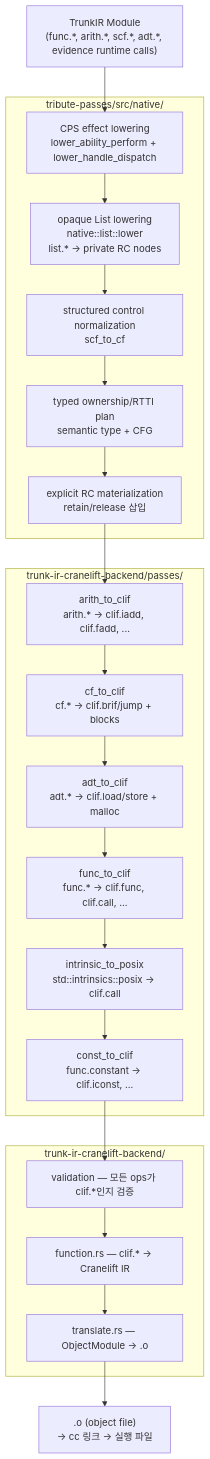
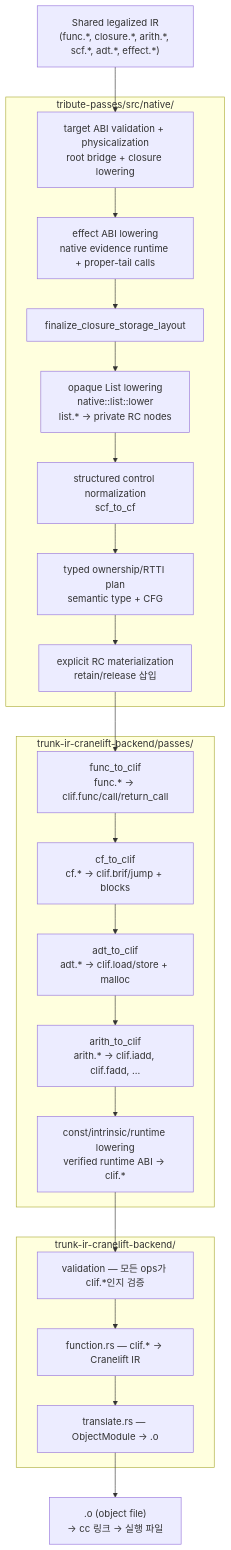
The second of 2 diagrams in new-plans/cranelift-backend.md (Kroisse/tribute), drawn with Mermaid before and after one commit. The commit also changed other lines of this file and 136 other files, not shown here.

First line of the commit message:
Remove legacy effect and ability lowering paths (#1034)

````diff
--- a/new-plans/cranelift-backend.md
+++ b/new-plans/cranelift-backend.md
@@ -85,33 +85,34 @@
 ```mermaid
 flowchart TB
-    input["TrunkIR Module\n(func.*, arith.*, scf.*, adt.*, evidence runtime calls)"]
+    input["Shared legalized IR\n(func.*, closure.*, arith.*, scf.*, adt.*, effect.*)"]
 
     subgraph native_passes["tribute-passes/src/native/"]
-        cont["CPS effect lowering\nlower_ability_perform + lower_handle_dispatch"]
+        abi["target ABI validation + physicalization\nroot bridge + closure lowering"]
+        effect["effect ABI lowering\nnative evidence runtime + proper-tail calls"]
+        storage["finalize_closure_storage_layout"]
         list_lower["opaque List lowering\nnative::list::lower\nlist.* → private RC nodes"]
         cfg["structured control normalization\nscf_to_cf"]
         rc_plan["typed ownership/RTTI plan\nsemantic type + CFG"]
         rc_pass["explicit RC materialization\nretain/release 삽입"]
     end
 
     subgraph clif_passes["trunk-ir-cranelift-backend/passes/"]
         arith["arith_to_clif\narith.* → clif.iadd, clif.fadd, ..."]
         cf["cf_to_clif\ncf.* → clif.brif/jump + blocks"]
         adt["adt_to_clif\nadt.* → clif.load/store + malloc"]
-        func["func_to_clif\nfunc.* → clif.func, clif.call, ..."]
-        intrinsic["intrinsic_to_posix\nstd::intrinsics::posix → clif.call"]
-        const_pass["const_to_clif\nfunc.constant → clif.iconst, ..."]
+        func["func_to_clif\nfunc.* → clif.func/call/return_call"]
+        intrinsic["const/intrinsic/runtime lowering\nverified runtime ABI → clif.*"]
     end
 
     subgraph emit["trunk-ir-cranelift-backend/"]
         validate["validation — 모든 ops가 clif.*인지 검증"]
         codegen["function.rs — clif.* → Cranelift IR"]
         obj["translate.rs — ObjectModule → .o"]
     end
 
     output[".o (object file)\n→ cc 링크 → 실행 파일"]
 
-    input --> cont --> list_lower --> cfg --> rc_plan --> rc_pass
-    rc_pass --> arith --> cf --> adt --> func --> intrinsic --> const_pass
-    const_pass --> validate --> codegen --> obj --> output
+    input --> abi --> effect --> storage --> list_lower --> cfg --> rc_plan --> rc_pass
+    rc_pass --> func --> cf --> adt --> arith --> intrinsic
+    intrinsic --> validate --> codegen --> obj --> output
 ```
````
